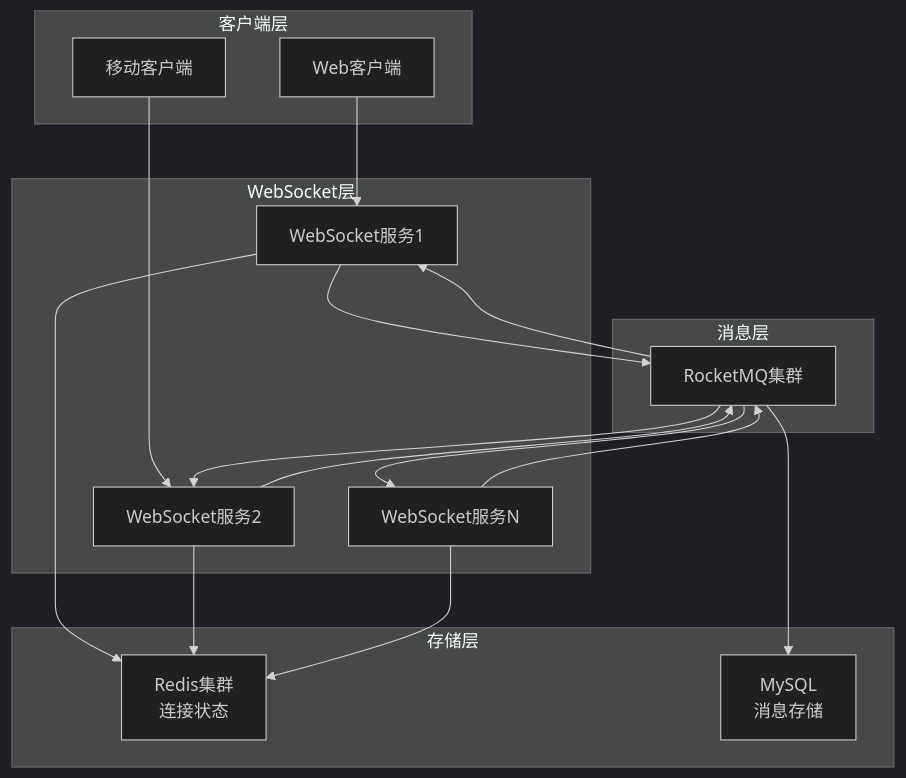
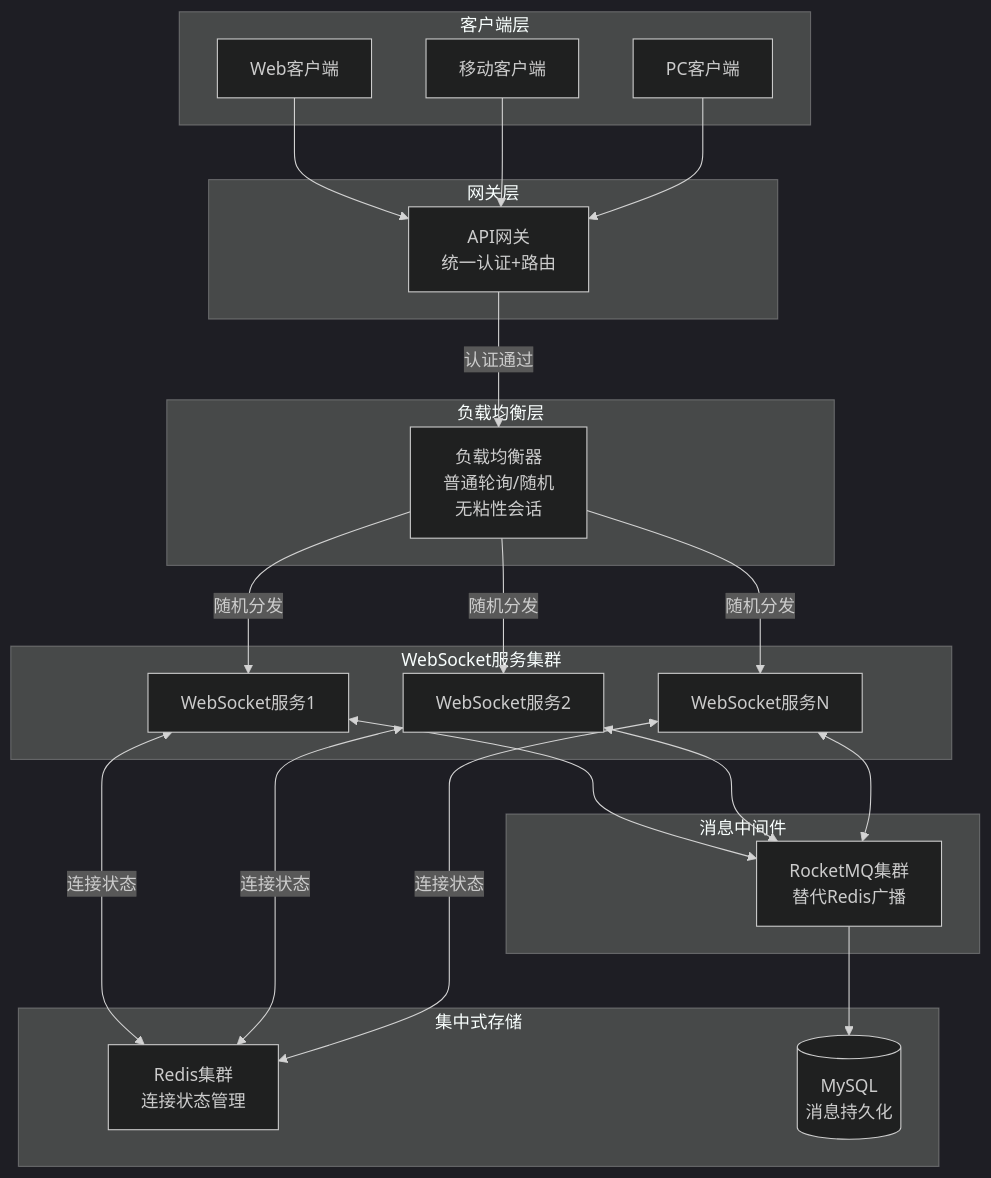
The fifth of 9 diagrams in technical-solution.md (carso66/maxkb), drawn with Mermaid (dark theme) before and after one commit. The commit also changed other lines of this file, not shown here.

````diff
--- a/technical-solution.md
+++ b/technical-solution.md
@@ -1634,39 +1503,50 @@
 ```mermaid
 graph TD
     subgraph "客户端层"
         C1[Web客户端]
         C2[移动客户端]
+        C3[PC客户端]
     end
     
-    subgraph "WebSocket层"
+    subgraph "网关层"
+        Gateway[API网关<br>统一认证+路由]
+    end
+    
+    subgraph "负载均衡层"
+        LB[负载均衡器<br>普通轮询/随机<br>无粘性会话]
+    end
+    
+    subgraph "WebSocket服务集群"
         WS1[WebSocket服务1]
         WS2[WebSocket服务2]
         WS3[WebSocket服务N]
     end
     
-    subgraph "消息层"
-        MQ[RocketMQ集群]
+    subgraph "消息中间件"
+        MQ[RocketMQ集群<br>替代Redis广播]
     end
     
-    subgraph "存储层"
-        Redis[Redis集群<br>连接状态]
-        MySQL[MySQL<br>消息存储]
+    subgraph "集中式存储"
+        Redis[Redis集群<br>连接状态管理]
+        MySQL[(MySQL<br>消息持久化)]
     end
     
-    C1 --> WS1
-    C2 --> WS2
+    C1 --> Gateway
+    C2 --> Gateway
+    C3 --> Gateway
     
-    WS1 --> MQ
-    WS2 --> MQ
-    WS3 --> MQ
+    Gateway -->|认证通过| LB
+    LB -->|随机分发| WS1
+    LB -->|随机分发| WS2
+    LB -->|随机分发| WS3
     
-    MQ --> WS1
-    MQ --> WS2
-    MQ --> WS3
+    WS1 <-->|连接状态| Redis
+    WS2 <-->|连接状态| Redis
+    WS3 <-->|连接状态| Redis
     
-    WS1 --> Redis
-    WS2 --> Redis
-    WS3 --> Redis
+    WS1 <--> MQ
+    WS2 <--> MQ
+    WS3 <--> MQ
     
     MQ --> MySQL
 ```
````
